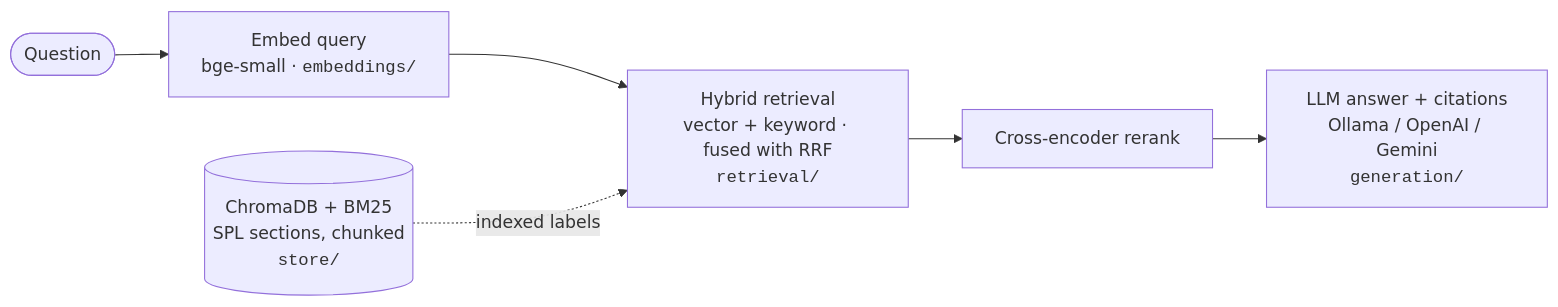
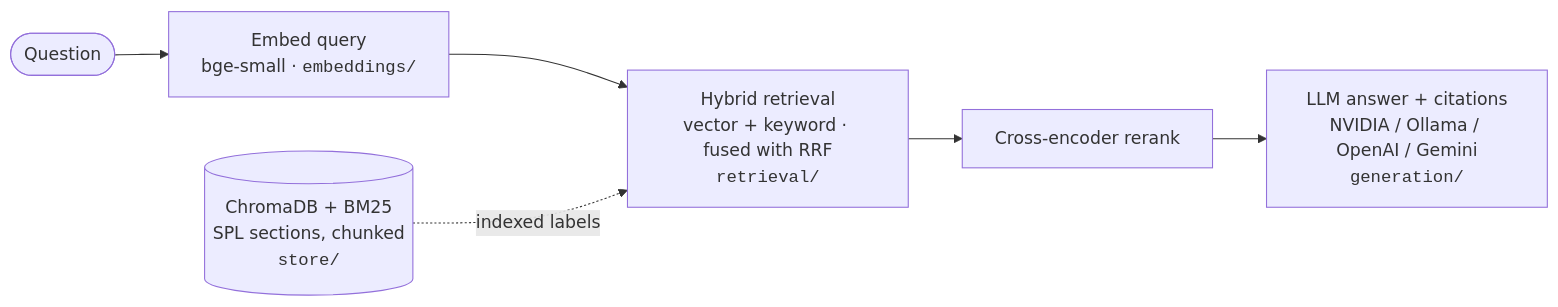
Before and after one commit to OsamaZaidi75/pharma-rag: the diagram in README.md, drawn with Mermaid. The commit also changed other lines of this file and 29 other files, not shown here.

First line of the commit message:
Rebuild: React frontend, NVIDIA LLM default, Docker deploy, POST /index

````diff
--- a/README.md
+++ b/README.md
@@ -7,8 +9,8 @@
 ```mermaid
 flowchart LR
     Q([Question]) --> E[Embed query<br/>bge-small · <code>embeddings/</code>]
     E --> H[Hybrid retrieval<br/>vector + keyword · fused with RRF<br/><code>retrieval/</code>]
     H --> R[Cross-encoder rerank]
-    R --> A[LLM answer + citations<br/>Ollama / OpenAI / Gemini<br/><code>generation/</code>]
+    R --> A[LLM answer + citations<br/>NVIDIA / Ollama / OpenAI / Gemini<br/><code>generation/</code>]
     IDX[(ChromaDB + BM25<br/>SPL sections, chunked<br/><code>store/</code>)] -. indexed labels .-> H
 ```
````
